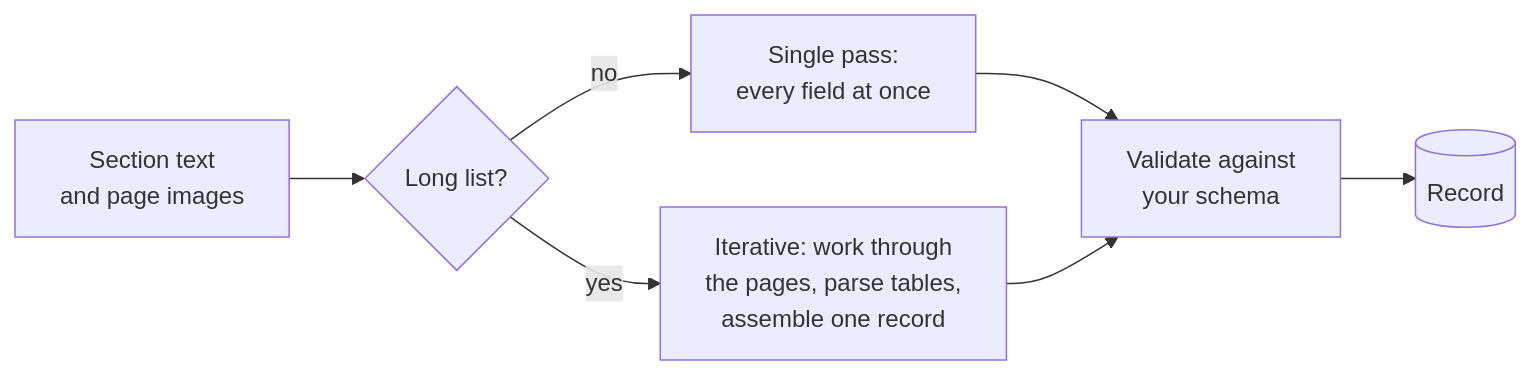
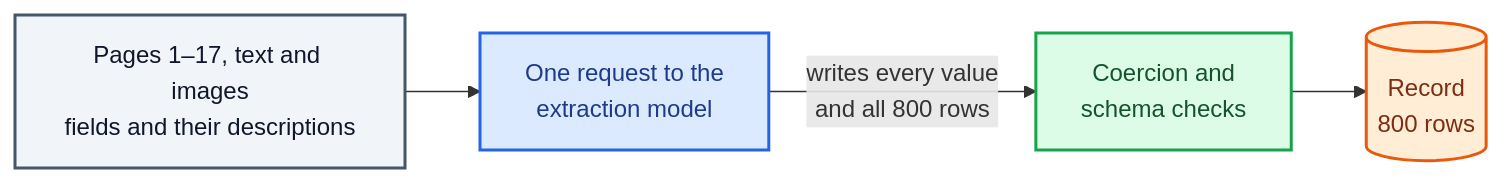
The second of 3 diagrams in docs/idp-fundamentals/extraction.md (aws-solutions-library-samples/accelerated-intelligent-document-processing-on-aws), drawn with Mermaid before and after one commit. The commit also changed other lines of this file and 7 other files, not shown here.

````diff
--- a/docs/idp-fundamentals/extraction.md
+++ b/docs/idp-fundamentals/extraction.md
@@ -66,9 +73,14 @@
 ```mermaid
 flowchart LR
-    A["Section text<br/>and page images"] --> B{"Long list?"}
-    B -- no --> C["Single pass:<br/>every field at once"]
-    B -- yes --> D["Iterative: work through<br/>the pages, parse tables,<br/>assemble one record"]
-    C --> E["Validate against<br/>your schema"]
-    D --> E
-    E --> F[("Record")]
+    P["Pages 1–17, text and images<br/>fields and their descriptions"] --> C["One request to the<br/>extraction model"]
+    C -- "writes every value<br/>and all 800 rows" --> K["Coercion and<br/>schema checks"]
+    K --> R[("Record<br/>800 rows")]
+    classDef file fill:#f1f5f9,stroke:#475569,color:#0f172a,stroke-width:2px
+    classDef app fill:#dbeafe,stroke:#2563eb,color:#1e3a8a,stroke-width:2px
+    classDef stubA fill:#dcfce7,stroke:#16a34a,color:#14532d,stroke-width:2px
+    classDef bank fill:#ffedd5,stroke:#ea580c,color:#7c2d12,stroke-width:2px
+    class P file
+    class C app
+    class K stubA
+    class R bank
 ```
````
